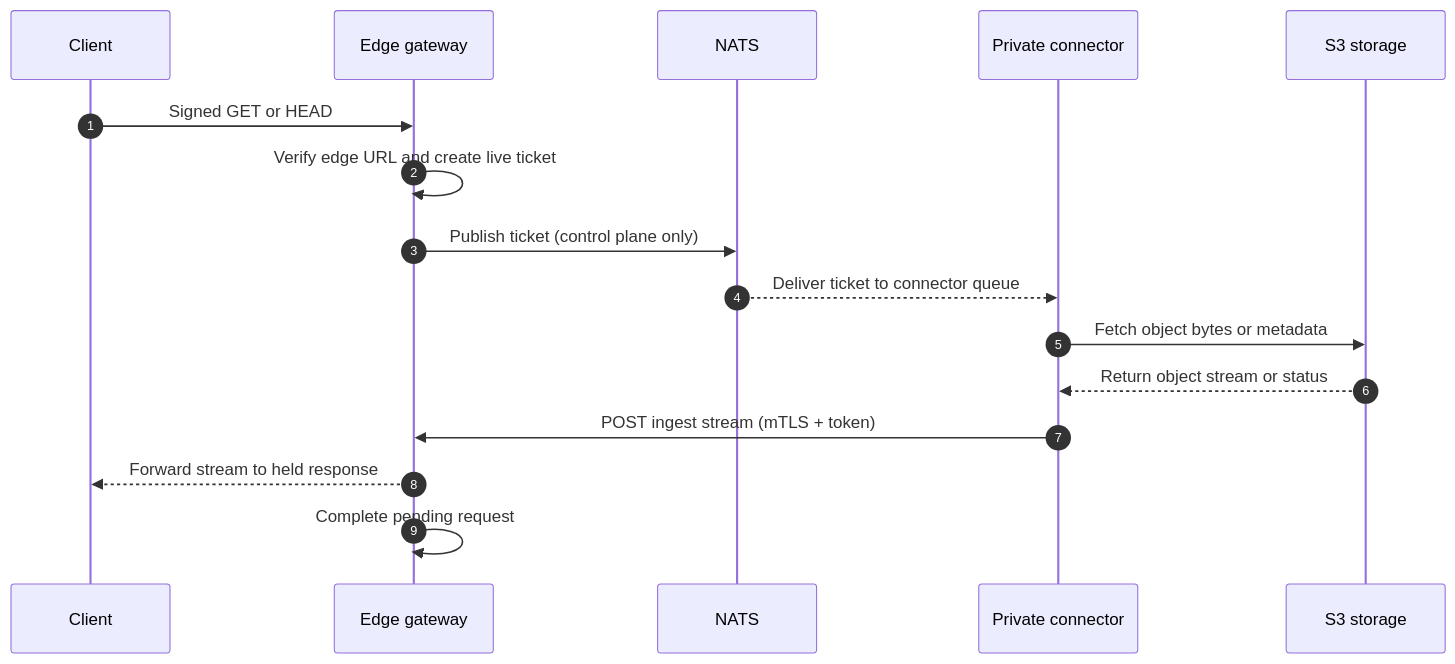
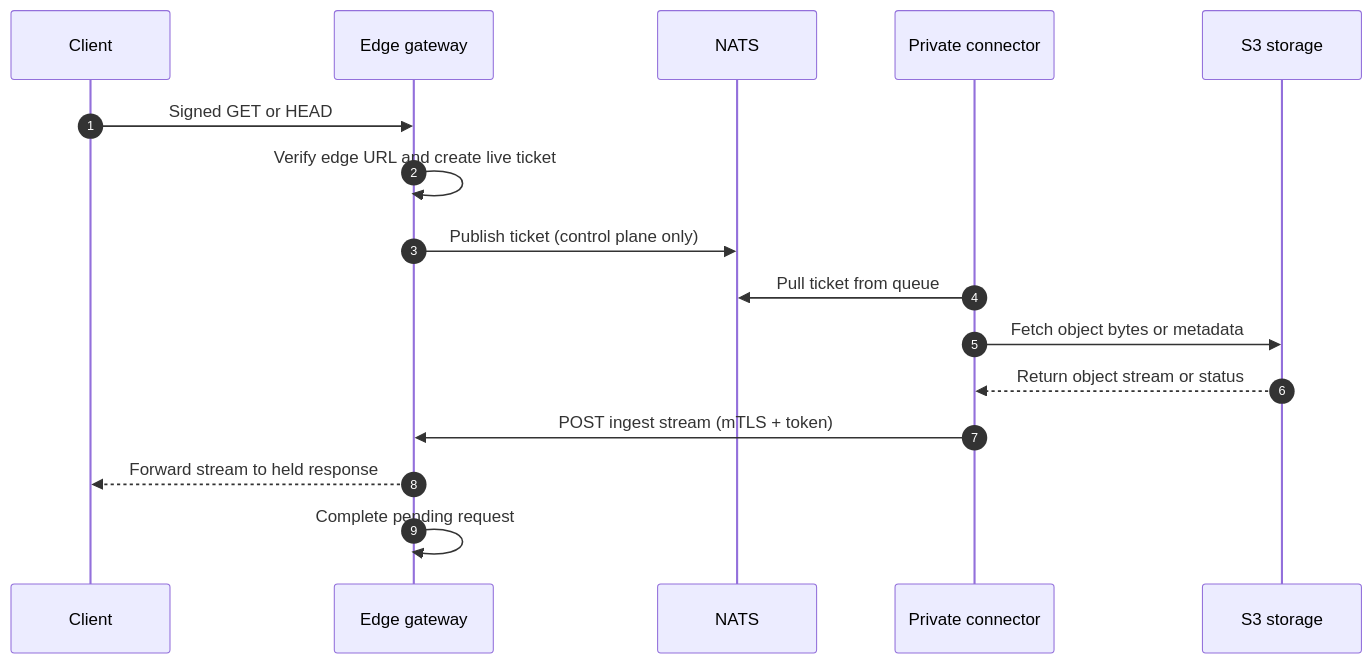
Before and after one commit to terion-name/air3: the first of 2 diagrams in README.md, drawn with Mermaid. The commit also changed other lines of this file and 1 other file, not shown here.

Commit message:
Fix documentation diagram flow

````diff
--- a/README.md
+++ b/README.md
@@ -21,19 +21,19 @@
 ```mermaid
 sequenceDiagram
     autonumber
     participant Client
     participant Edge as Edge gateway
     participant NATS as NATS
     participant Connector as Private connector
     participant S3 as S3 storage
 
     Client->>Edge: Signed GET or HEAD
     Edge->>Edge: Verify edge URL and create live ticket
     Edge->>NATS: Publish ticket (control plane only)
-    NATS-->>Connector: Deliver ticket to connector queue
+    Connector->>NATS: Pull ticket from queue
     Connector->>S3: Fetch object bytes or metadata
     S3-->>Connector: Return object stream or status
     Connector->>Edge: POST ingest stream (mTLS + token)
     Edge-->>Client: Forward stream to held response
     Edge->>Edge: Complete pending request
 ```
````
